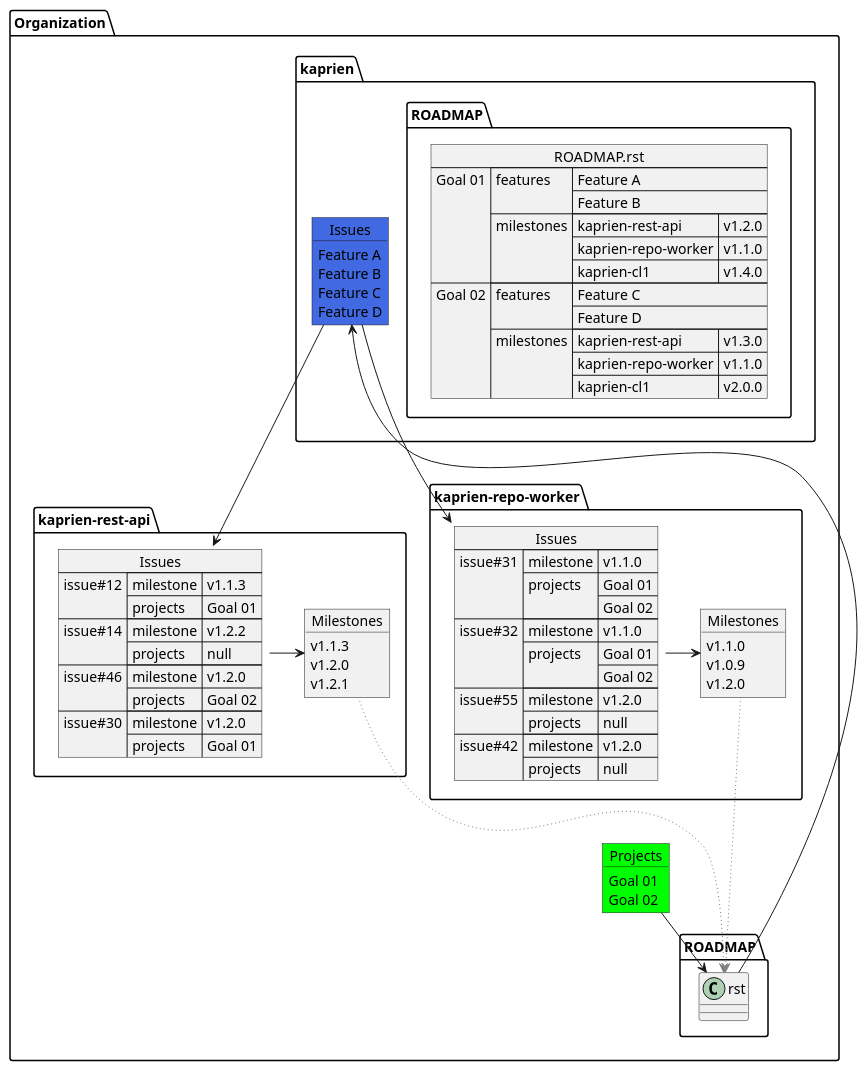
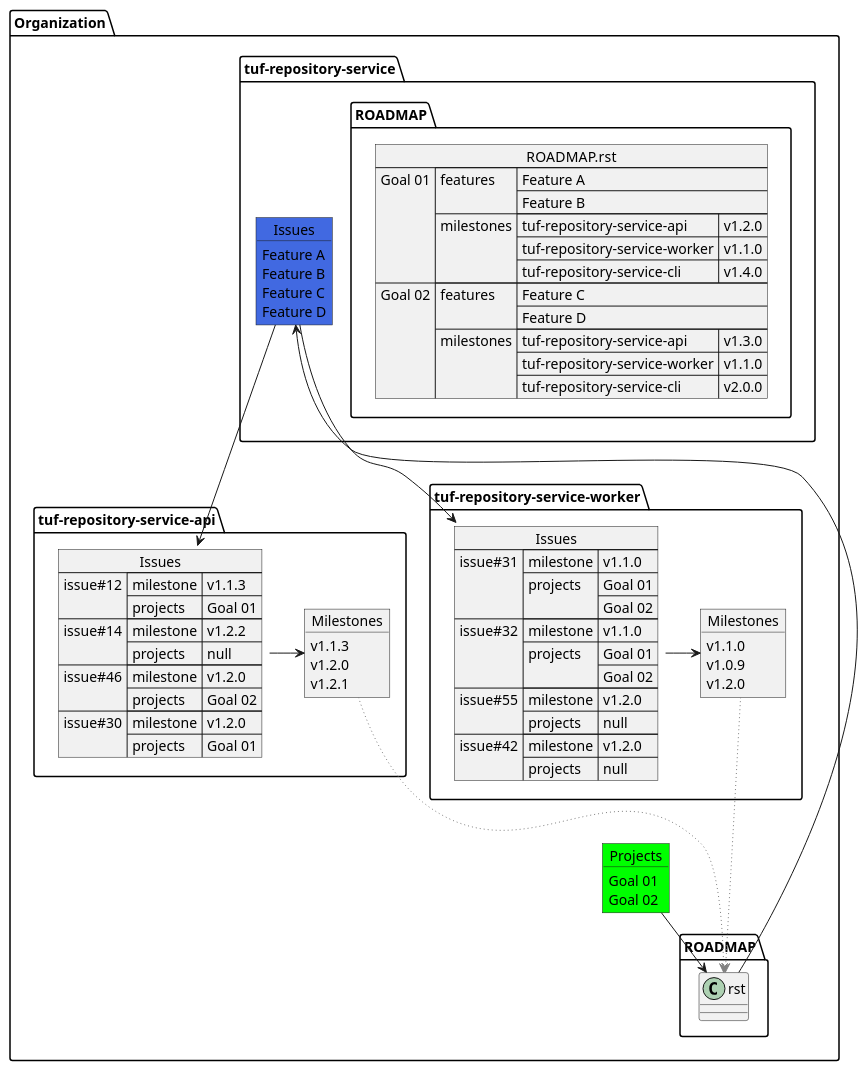
One commit to repository-service-tuf/repository-service-tuf changed the diagram in docs/source/devel/development.rst. Above: the diagram before and after it, drawn with PlantUML. The commit also changed other lines of this file and 86 other files, not shown here.

```diff
--- a/docs/source/devel/development.rst
+++ b/docs/source/devel/development.rst
@@ -43,22 +43,22 @@
                 Goal 02
         }
 
-        package "kaprien" {
+        package "tuf-repository-service" {
             json ROADMAP.rst {
                 "Goal 01": {
                     "features": ["Feature A", "Feature B"],
                     "milestones": {
-                        "kaprien-rest-api": "v1.2.0",
-                        "kaprien-repo-worker": "v1.1.0",
-                        "kaprien-cl1": "v1.4.0"
+                        "tuf-repository-service-api": "v1.2.0",
+                        "tuf-repository-service-worker": "v1.1.0",
+                        "tuf-repository-service-cli": "v1.4.0"
                     }
                 },
                 "Goal 02": {
                     "features": ["Feature C", "Feature D"],
                     "milestones": {
-                        "kaprien-rest-api": "v1.3.0",
-                        "kaprien-repo-worker": "v1.1.0",
-                        "kaprien-cl1": "v2.0.0"
+                        "tuf-repository-service-api": "v1.3.0",
+                        "tuf-repository-service-worker": "v1.1.0",
+                        "tuf-repository-service-cli": "v2.0.0"
                     }
                 }
             }
@@ -72,7 +72,7 @@
 
         }
 
-        package "kaprien-rest-api" {
+        package "tuf-repository-service-api" {
             json "Issues" as api_issues {
                 "issue#12": {
                     "milestone": "v1.1.3",
@@ -99,7 +99,7 @@
 
             api_issues -> api_milestones
         }
-        package "kaprien-repo-worker" {
+        package "tuf-repository-service-worker" {
             json "Issues" as repo_issues {
                 "issue#31": {
                     "milestone": "v1.1.0",
```
